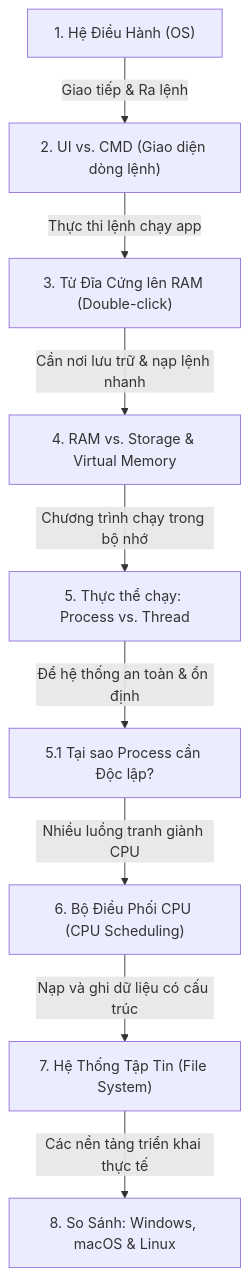
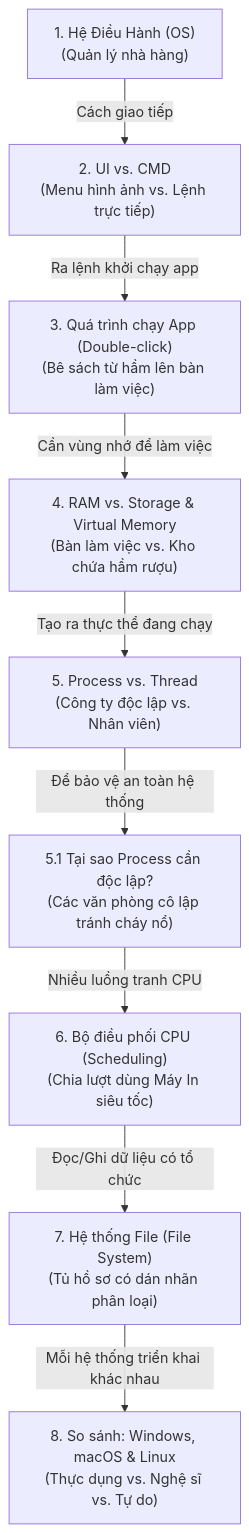
One commit to NghiaDPTWork/cs-fundamentals changed the diagram in operation-system/os_fundamentals.md. Above: the diagram before and after it, drawn with Mermaid. The commit also changed other lines of this file, not shown here.

````diff
--- a/operation-system/os_fundamentals.md
+++ b/operation-system/os_fundamentals.md
@@ -9,11 +9,11 @@
 ```mermaid
 graph TD
-    A["1. Hệ Điều Hành (OS)"] -- "Giao tiếp & Ra lệnh" --> B["2. UI vs. CMD (Giao diện dòng lệnh)"]
-    B -- "Thực thi lệnh chạy app" --> C["3. Từ Đĩa Cứng lên RAM (Double-click)"]
-    C -- "Cần nơi lưu trữ & nạp lệnh nhanh" --> D["4. RAM vs. Storage & Virtual Memory"]
-    D -- "Chương trình chạy trong bộ nhớ" --> E["5. Thực thể chạy: Process vs. Thread"]
-    E -- "Để hệ thống an toàn & ổn định" --> E2["5.1 Tại sao Process cần Độc lập?"]
-    E2 -- "Nhiều luồng tranh giành CPU" --> F["6. Bộ Điều Phối CPU (CPU Scheduling)"]
-    F -- "Nạp và ghi dữ liệu có cấu trúc" --> G["7. Hệ Thống Tập Tin (File System)"]
-    G -- "Các nền tảng triển khai thực tế" --> H["8. So Sánh: Windows, macOS & Linux"]
+    A["1. Hệ Điều Hành (OS)<br/>(Quản lý nhà hàng)"] -->|Cách giao tiếp| B["2. UI vs. CMD<br/>(Menu hình ảnh vs. Lệnh trực tiếp)"]
+    B -->|Ra lệnh khởi chạy app| C["3. Quá trình chạy App (Double-click)<br/>(Bê sách từ hầm lên bàn làm việc)"]
+    C -->|Cần vùng nhớ để làm việc| D["4. RAM vs. Storage & Virtual Memory<br/>(Bàn làm việc vs. Kho chứa hầm rượu)"]
+    D -->|Tạo ra thực thể đang chạy| E["5. Process vs. Thread<br/>(Công ty độc lập vs. Nhân viên)"]
+    E -->|Để bảo vệ an toàn hệ thống| E2["5.1 Tại sao Process cần độc lập?<br/>(Các văn phòng cô lập tránh cháy nổ)"]
+    E2 -->|Nhiều luồng tranh CPU| F["6. Bộ điều phối CPU (Scheduling)<br/>(Chia lượt dùng Máy In siêu tốc)"]
+    F -->|Đọc/Ghi dữ liệu có tổ chức| G["7. Hệ thống File (File System)<br/>(Tủ hồ sơ có dán nhãn phân loại)"]
+    G -->|Mỗi hệ thống triển khai khác nhau| H["8. So sánh: Windows, macOS & Linux<br/>(Thực dụng vs. Nghệ sĩ vs. Tự do)"]
 ```
````
